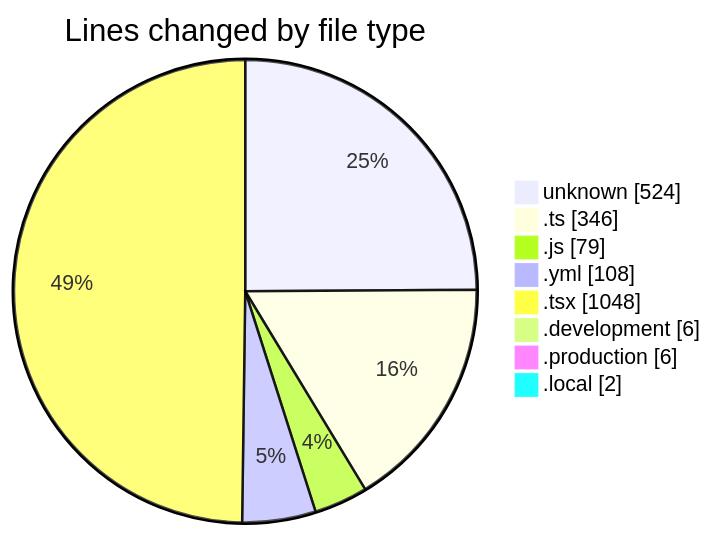
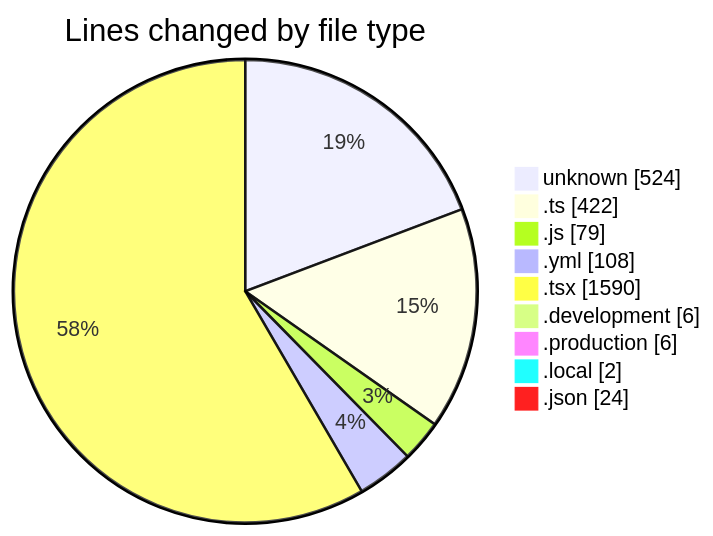
One commit to Elitesun/code-tracking changed the first of 2 diagrams in 2025-05-17/niten/README.md. Above: the diagram before and after it, drawn with Mermaid. The commit also changed other lines of this file and 1 other file, not shown here.

````diff
--- a/2025-05-17/niten/README.md
+++ b/2025-05-17/niten/README.md
@@ -35,12 +44,13 @@
 ```mermaid
 pie showData
 title Lines changed by file type
 "unknown" : 524
-".ts" : 346
+".ts" : 422
 ".js" : 79
 ".yml" : 108
-".tsx" : 1048
+".tsx" : 1590
 ".development" : 6
 ".production" : 6
 ".local" : 2
+".json" : 24
 ```
````
